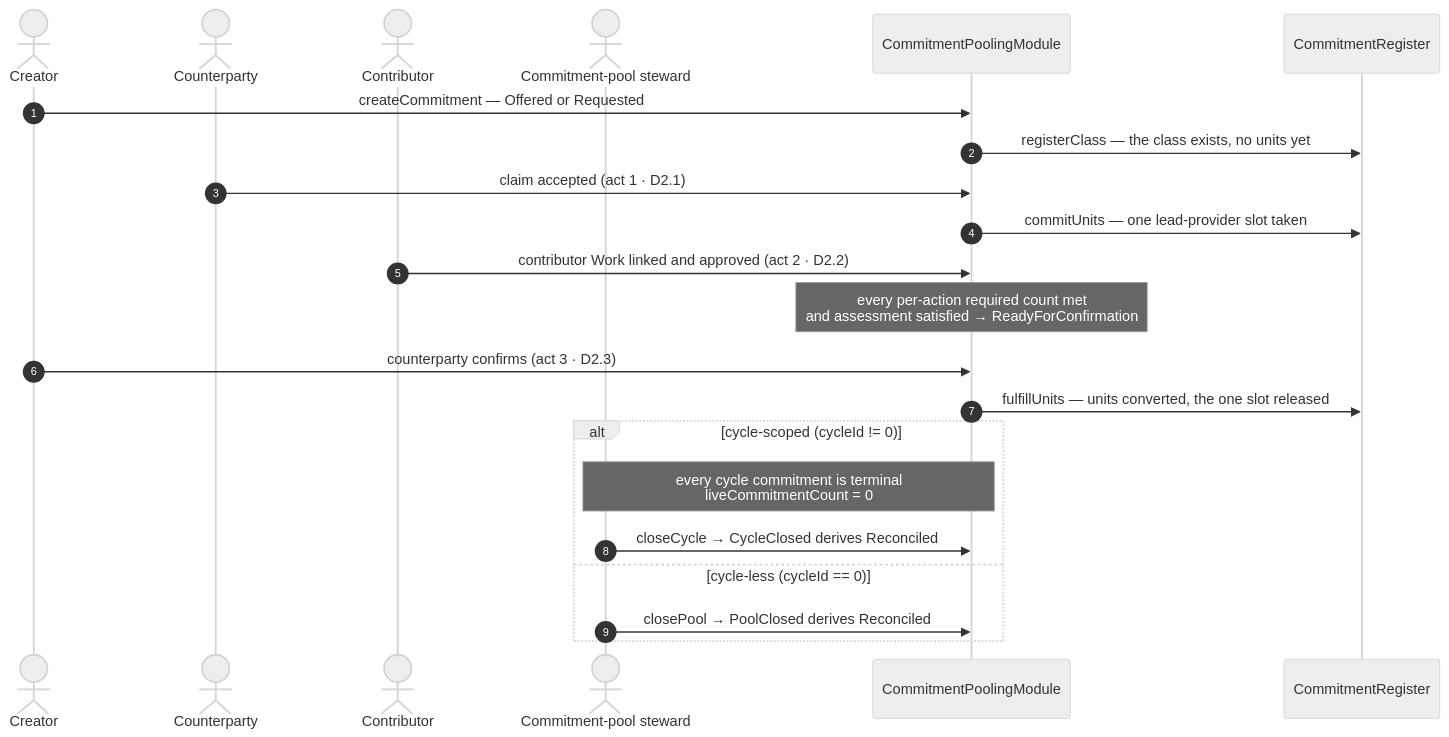
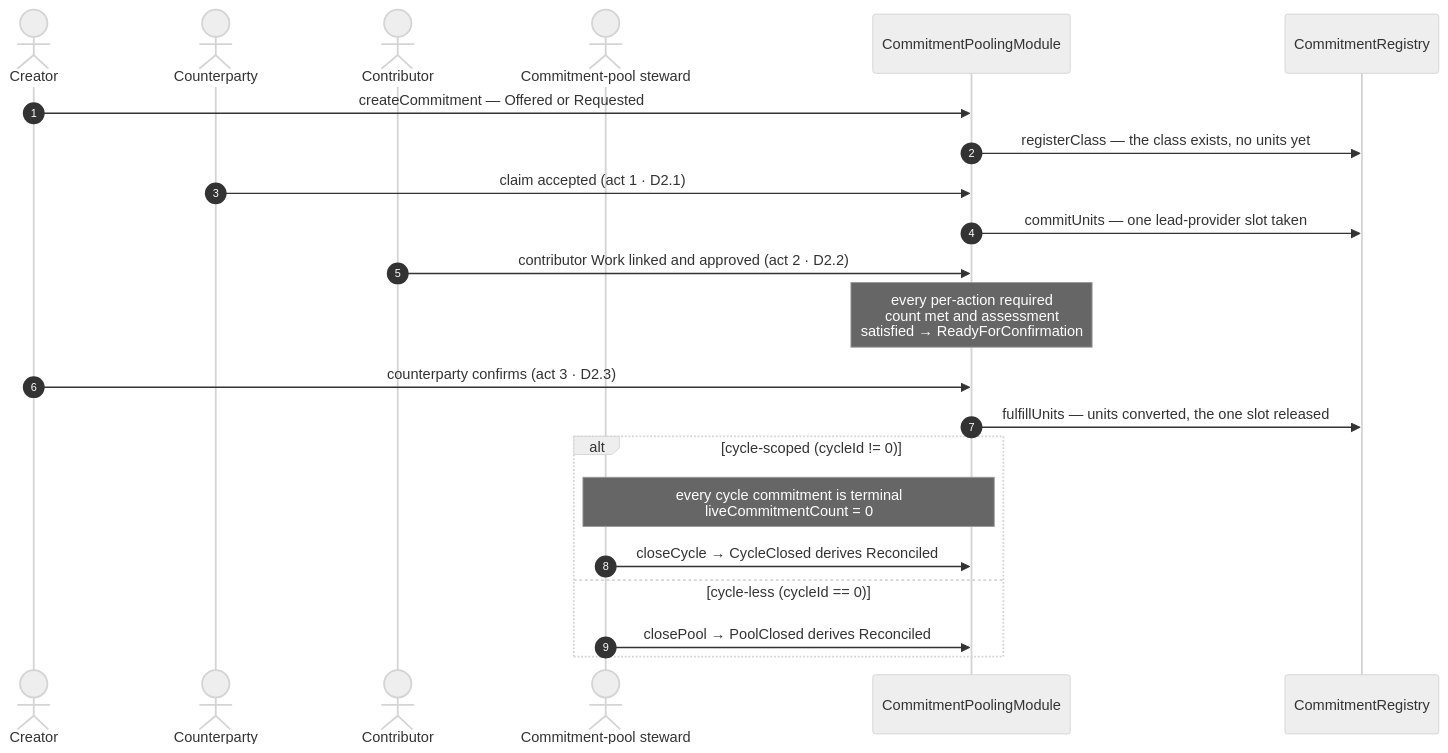
The third of 38 diagrams in .plans/active/commitment-pooling/diagrams.md (greenpill-dev-guild/green-goods), drawn with Mermaid (neutral theme) before and after one commit. The commit also changed other lines of this file and 58 other files, not shown here.

````diff
--- a/.plans/active/commitment-pooling/diagrams.md
+++ b/.plans/active/commitment-pooling/diagrams.md
@@ -281,25 +293,25 @@
 ```mermaid
 sequenceDiagram
   autonumber
   actor A as Creator
   actor B as Counterparty
   actor C as Contributor
   actor OP as Commitment-pool steward
   participant M as CommitmentPoolingModule
-  participant R as CommitmentRegister
+  participant R as CommitmentRegistry
 
   A->>M: createCommitment — Offered or Requested
   M->>R: registerClass — the class exists, no units yet
   B->>M: claim accepted (act 1 · D2.1)
   M->>R: commitUnits — one lead-provider slot taken
   C->>M: contributor Work linked and approved (act 2 · D2.2)
-  Note over M: every per-action required count met<br/>and assessment satisfied → ReadyForConfirmation
+  Note over M: every per-action required<br/>count met and assessment<br/>satisfied → ReadyForConfirmation
   A->>M: counterparty confirms (act 3 · D2.3)
   M->>R: fulfillUnits — units converted, the one slot released
   alt cycle-scoped (cycleId != 0)
     Note over OP,M: every cycle commitment is terminal<br/>liveCommitmentCount = 0
     OP->>M: closeCycle → CycleClosed derives Reconciled
   else cycle-less (cycleId == 0)
     OP->>M: closePool → PoolClosed derives Reconciled
   end
 ```
````
